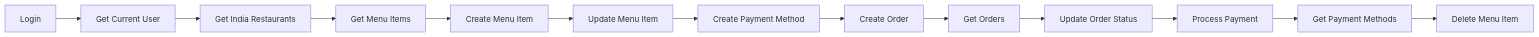
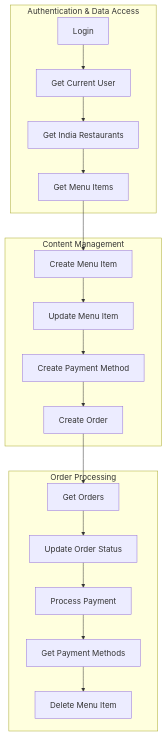
One commit to RanitManik/foody changed the second of 3 diagrams in api/postman/README.md. Above: the diagram before and after it, drawn with Mermaid. The commit also changed other lines of this file, not shown here.

Commit message:
fix(docs): enhance execution flow diagrams in README.md with subgraphs for better clarity

````diff
--- a/api/postman/README.md
+++ b/api/postman/README.md
@@ -189,15 +197,23 @@
 ```mermaid
-graph LR
-    A[Login] --> B[Get Current User]
-    B --> C[Get India Restaurants]
-    C --> D[Get Menu Items]
-    D --> E[Create Menu Item]
-    E --> F[Update Menu Item]
-    F --> G[Create Payment Method]
-    G --> H[Create Order]
-    H --> I[Get Orders]
-    I --> J[Update Order Status]
-    J --> K[Process Payment]
-    K --> L[Get Payment Methods]
-    L --> M[Delete Menu Item]
+graph TD
+    subgraph "Authentication & Data Access"
+        A[Login] --> B[Get Current User]
+        B --> C[Get India Restaurants]
+        C --> D[Get Menu Items]
+    end
+
+    subgraph "Content Management"
+        D --> E[Create Menu Item]
+        E --> F[Update Menu Item]
+        F --> G[Create Payment Method]
+        G --> H[Create Order]
+    end
+
+    subgraph "Order Processing"
+        H --> I[Get Orders]
+        I --> J[Update Order Status]
+        J --> K[Process Payment]
+        K --> L[Get Payment Methods]
+        L --> M[Delete Menu Item]
+    end
 ```
````
